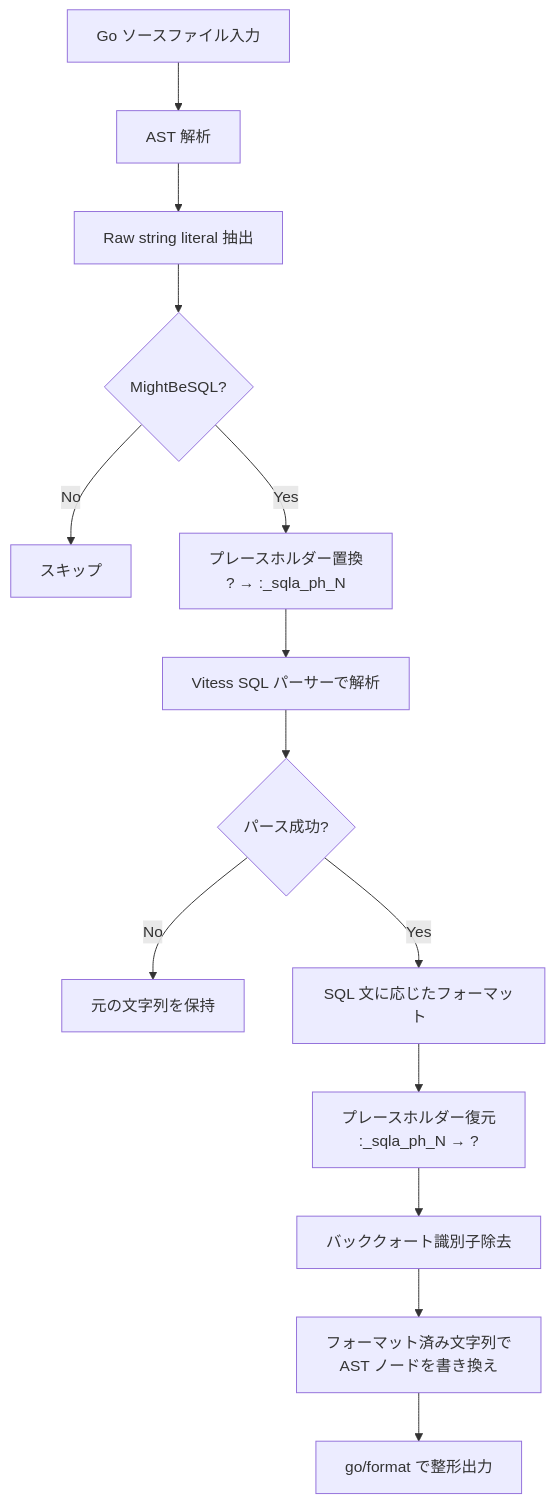
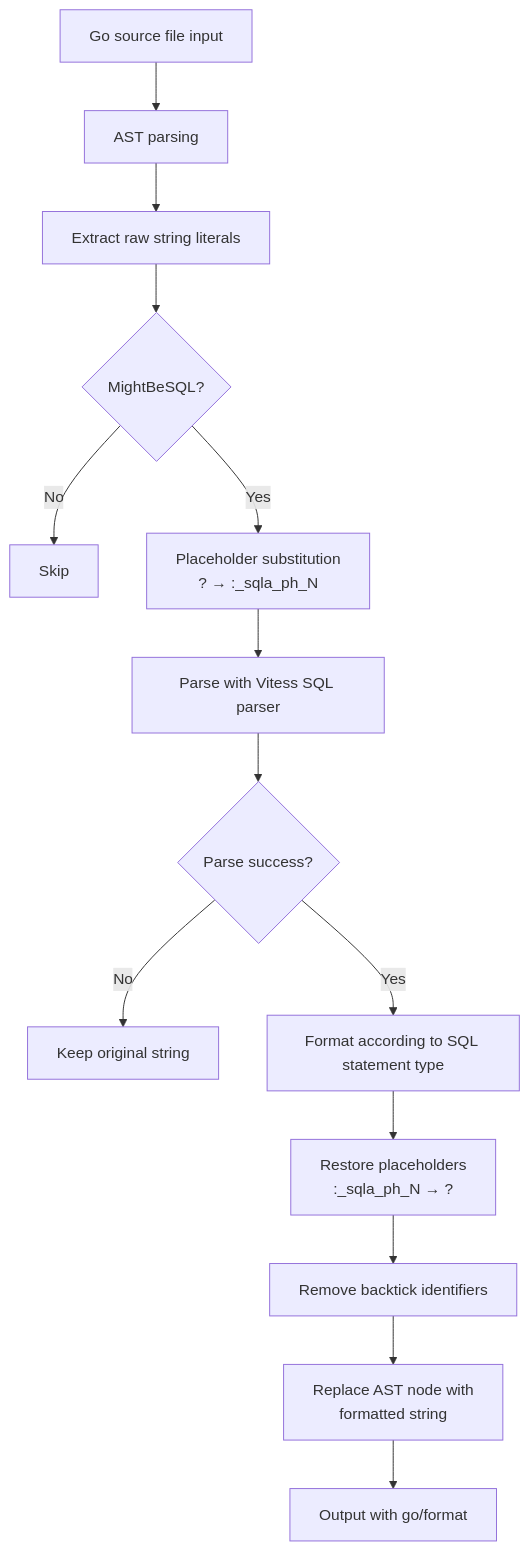
The first of 2 diagrams in docs/formatter-spec.md (Eagle-Konbu/sanat), drawn with Mermaid before and after one commit. The commit also changed other lines of this file and 1 other file, not shown here.

````diff
--- a/docs/formatter-spec.md
+++ b/docs/formatter-spec.md
@@ -11,16 +11,16 @@
 ```mermaid
 flowchart TD
-    A[Go ソースファイル入力] --> B[AST 解析]
-    B --> C[Raw string literal 抽出]
+    A[Go source file input] --> B[AST parsing]
+    B --> C[Extract raw string literals]
     C --> D{MightBeSQL?}
-    D -- No --> E[スキップ]
-    D -- Yes --> F[プレースホルダー置換<br/>? → :_sqla_ph_N]
-    F --> G[Vitess SQL パーサーで解析]
-    G --> H{パース成功?}
-    H -- No --> I[元の文字列を保持]
-    H -- Yes --> J[SQL 文に応じたフォーマット]
-    J --> K[プレースホルダー復元<br/>:_sqla_ph_N → ?]
-    K --> L[バッククォート識別子除去]
-    L --> M[フォーマット済み文字列で<br/>AST ノードを書き換え]
-    M --> N[go/format で整形出力]
+    D -- No --> E[Skip]
+    D -- Yes --> F[Placeholder substitution<br/>? → :_sqla_ph_N]
+    F --> G[Parse with Vitess SQL parser]
+    G --> H{Parse success?}
+    H -- No --> I[Keep original string]
+    H -- Yes --> J[Format according to SQL statement type]
+    J --> K[Restore placeholders<br/>:_sqla_ph_N → ?]
+    K --> L[Remove backtick identifiers]
+    L --> M[Replace AST node with<br/>formatted string]
+    M --> N[Output with go/format]
 ```
````
